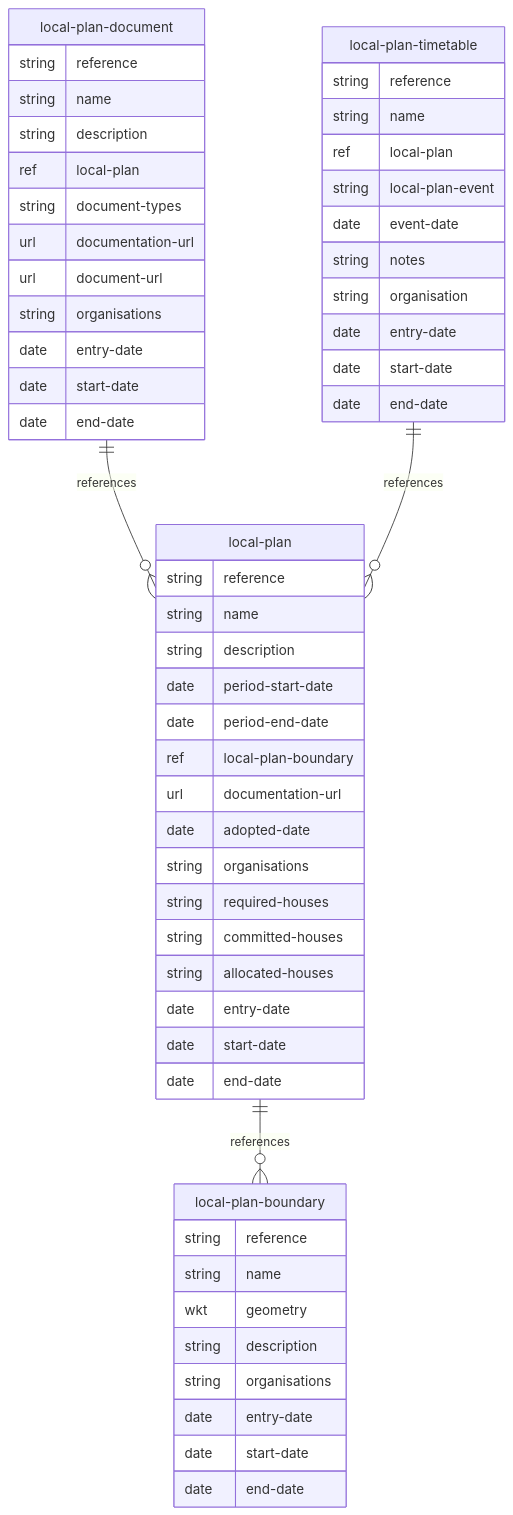
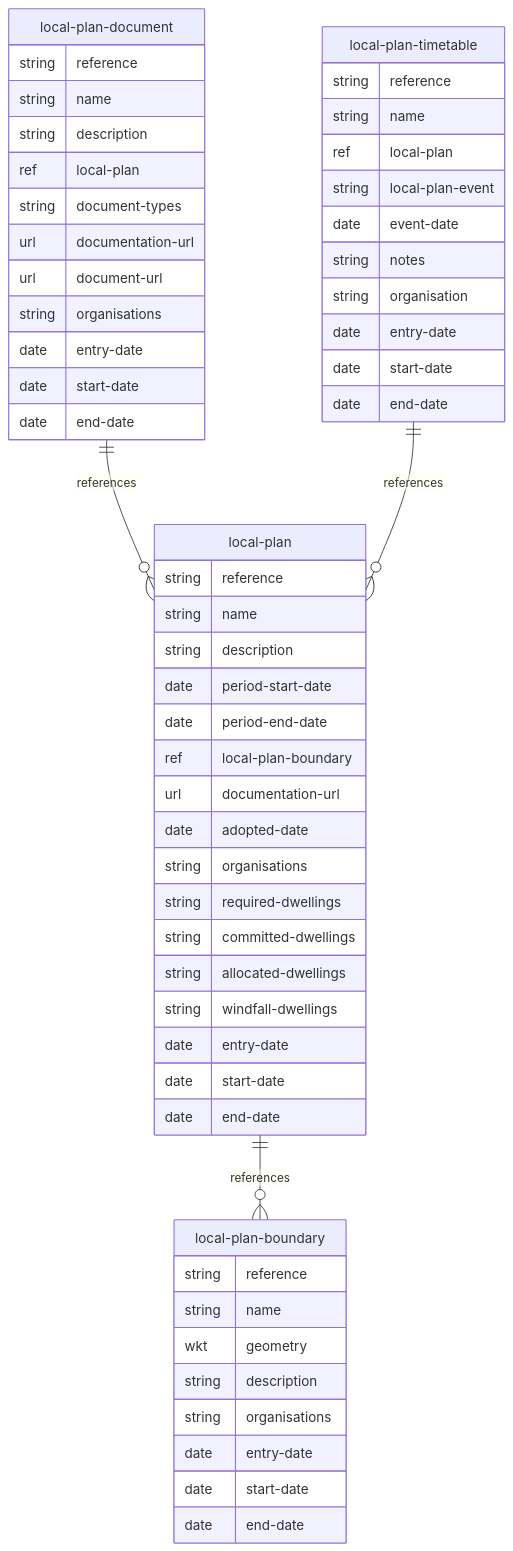
Before and after one commit to digital-land/specification: the diagram in docs/mermaid/local-plan.md, drawn with Mermaid. The commit also changed 25 other files, not shown here.

````diff
--- a/docs/mermaid/local-plan.md
+++ b/docs/mermaid/local-plan.md
@@ -4,58 +4,59 @@
 ```mermaid
 erDiagram
     local-plan-boundary {
         string reference
         string name
         wkt geometry
         string description
         string organisations
         date entry-date
         date start-date
         date end-date
     }
     local-plan {
         string reference
         string name
         string description
         date period-start-date
         date period-end-date
         ref local-plan-boundary
         url documentation-url
         date adopted-date
         string organisations
-        string required-houses
-        string committed-houses
-        string allocated-houses
+        string required-dwellings
+        string committed-dwellings
+        string allocated-dwellings
+        string windfall-dwellings
         date entry-date
         date start-date
         date end-date
     }
     local-plan-document {
         string reference
         string name
         string description
         ref local-plan
         string document-types
         url documentation-url
         url document-url
         string organisations
         date entry-date
         date start-date
         date end-date
     }
     local-plan-timetable {
         string reference
         string name
         ref local-plan
         string local-plan-event
         date event-date
         string notes
         string organisation
         date entry-date
         date start-date
         date end-date
     }
     local-plan ||--o{ local-plan-boundary : references
     local-plan-document ||--o{ local-plan : references
     local-plan-timetable ||--o{ local-plan : references
 ```
````
